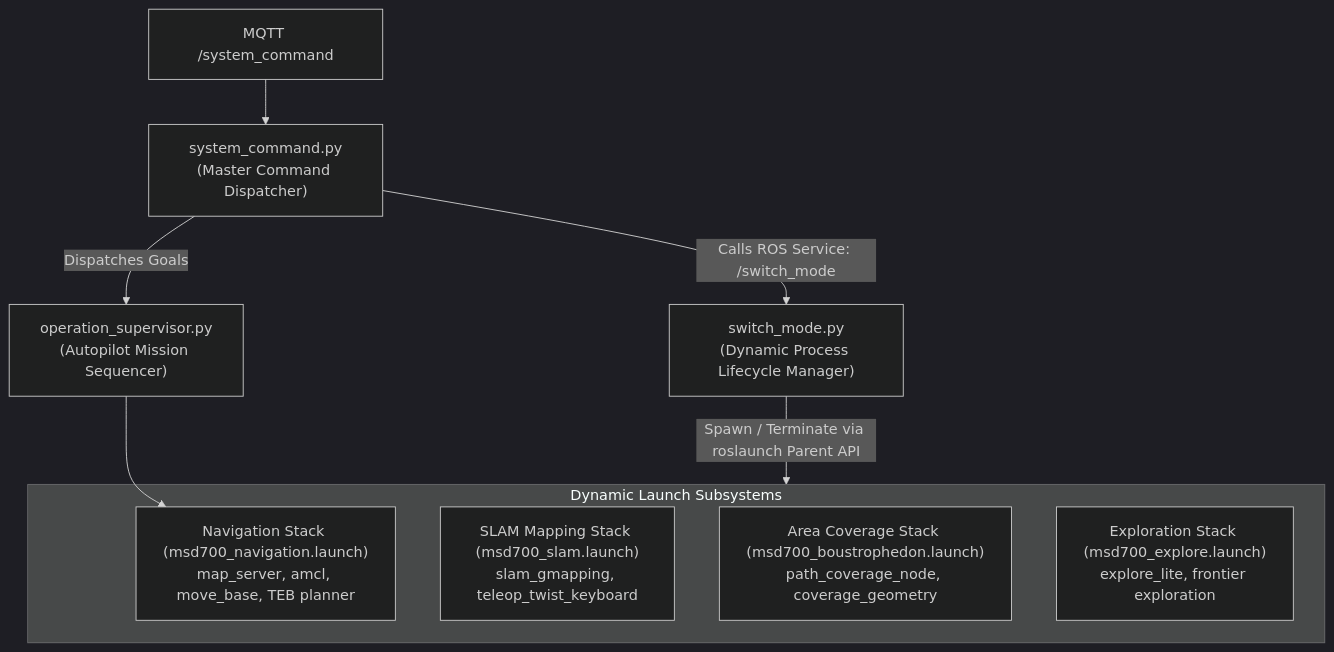
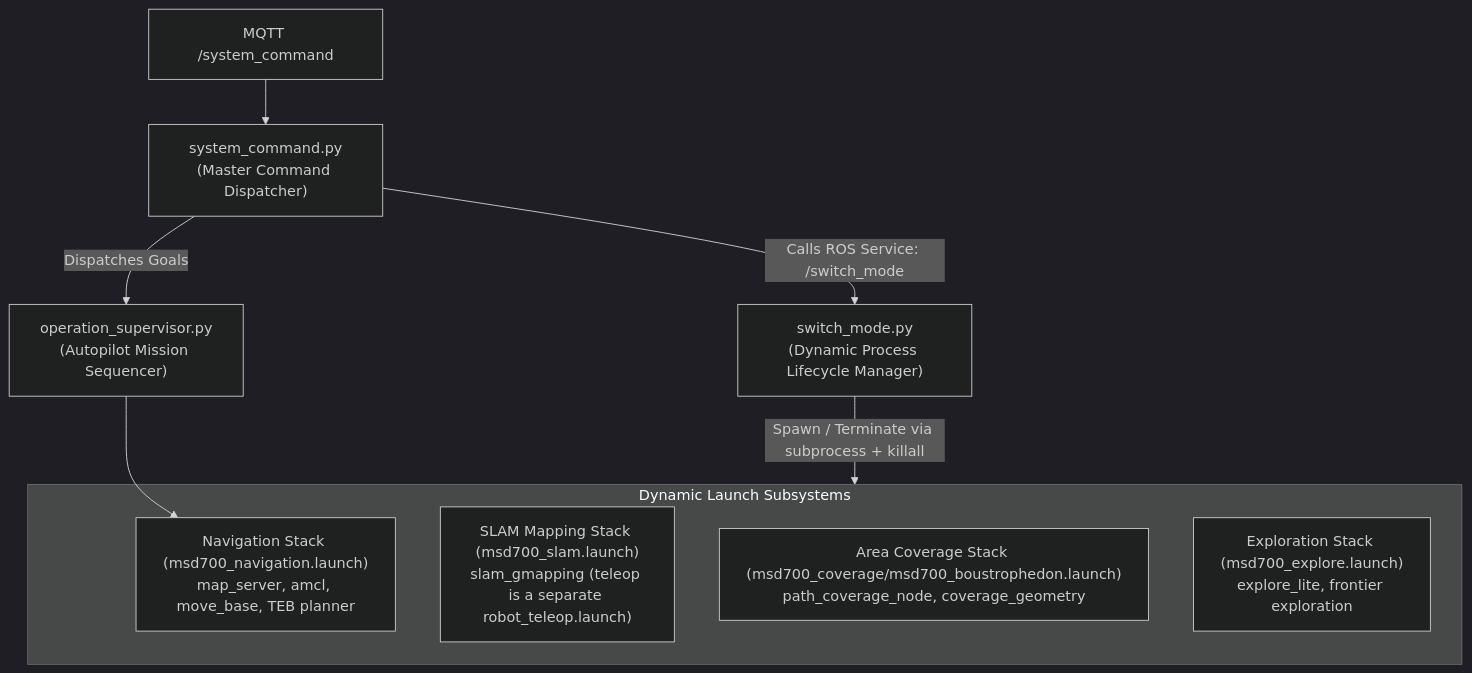
Before and after one commit to itbdelaboprogramming/msd700_documentation: the first of 2 diagrams in docs/development/ros/mode-switching.md, drawn with Mermaid (dark theme). The commit also changed other lines of this file and 110 other files, not shown here.

````diff
--- a/docs/development/ros/mode-switching.md
+++ b/docs/development/ros/mode-switching.md
@@ -14,18 +14,18 @@
 ```mermaid
 flowchart TD
   MQTT["MQTT /system_command"] --> SYS_CMD["system_command.py<br/>(Master Command Dispatcher)"]
 
   SYS_CMD -->|"Calls ROS Service: /switch_mode"| SWITCH["switch_mode.py<br/>(Dynamic Process Lifecycle Manager)"]
 
-  SWITCH -->|Spawn / Terminate via roslaunch Parent API| LAUNCH_STACKS
+  SWITCH -->|Spawn / Terminate via subprocess + killall| LAUNCH_STACKS
 
   subgraph LAUNCH_STACKS["Dynamic Launch Subsystems"]
     NAV_STACK["Navigation Stack (msd700_navigation.launch)<br/>map_server, amcl, move_base, TEB planner"]
-    SLAM_STACK["SLAM Mapping Stack (msd700_slam.launch)<br/>slam_gmapping, teleop_twist_keyboard"]
-    COV_STACK["Area Coverage Stack (msd700_boustrophedon.launch)<br/>path_coverage_node, coverage_geometry"]
+    SLAM_STACK["SLAM Mapping Stack (msd700_slam.launch)<br/>slam_gmapping (teleop is a separate robot_teleop.launch)"]
+    COV_STACK["Area Coverage Stack (msd700_coverage/msd700_boustrophedon.launch)<br/>path_coverage_node, coverage_geometry"]
     EXP_STACK["Exploration Stack (msd700_explore.launch)<br/>explore_lite, frontier exploration"]
   end
 
   SYS_CMD -->|"Dispatches Goals"| OP_SUP["operation_supervisor.py<br/>(Autopilot Mission Sequencer)"]
   OP_SUP --> NAV_STACK
 ```
````
